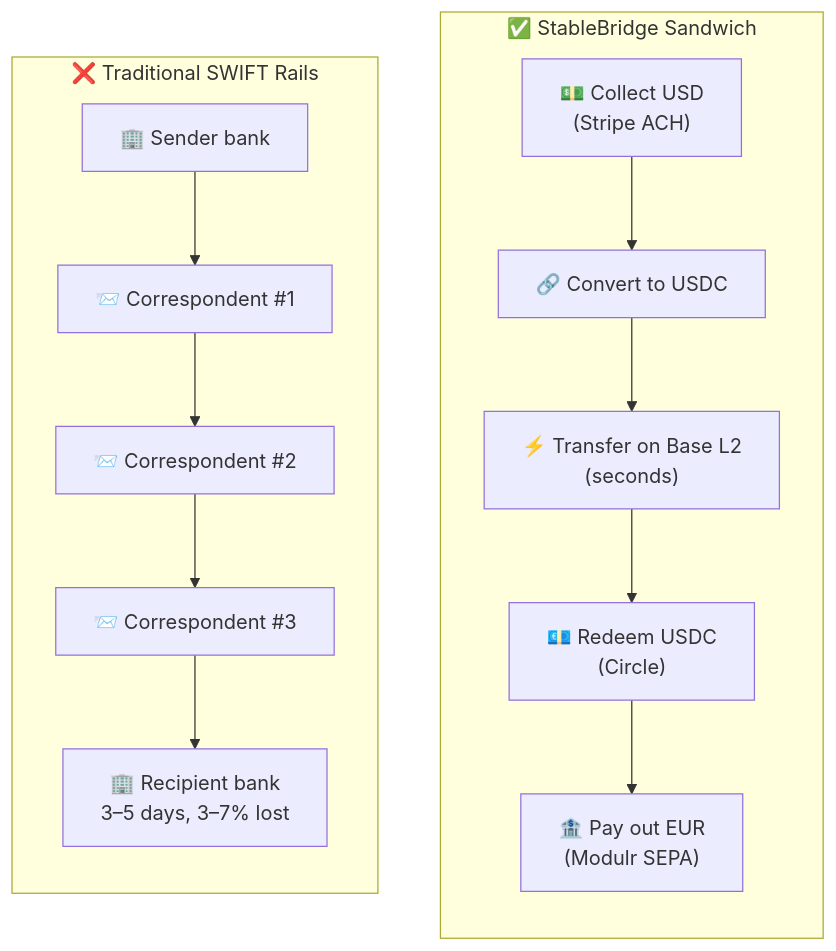
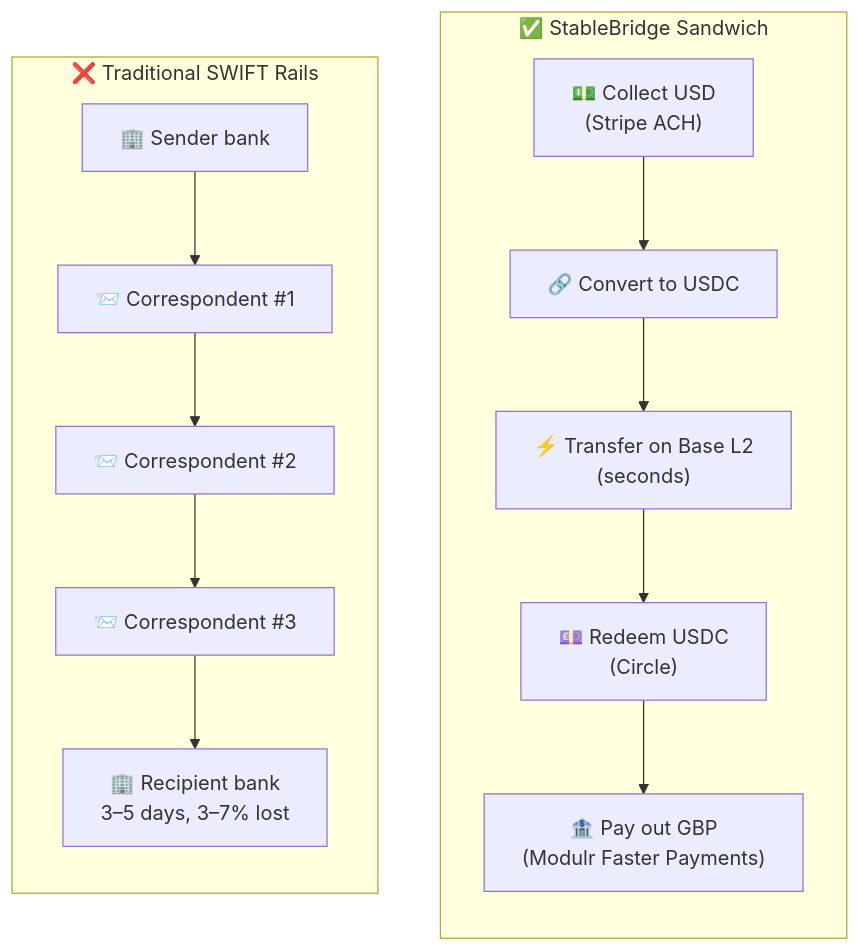
Before and after one commit to Puneethkumarck/stablebridge-platform: the first of 5 diagrams in README.md, drawn with Mermaid. The commit also changed other lines of this file and 1 other file, not shown here.

````diff
--- a/README.md
+++ b/README.md
@@ -106,20 +105,20 @@
 ```mermaid
 flowchart LR
     subgraph SWIFT["❌ Traditional SWIFT Rails"]
         direction TB
         A1["🏢 Sender bank"] --> A2["📨 Correspondent #1"]
         A2 --> A3["📨 Correspondent #2"]
         A3 --> A4["📨 Correspondent #3"]
         A4 --> A5["🏢 Recipient bank<br/>3–5 days, 3–7% lost"]
     end
 
     subgraph SB["✅ StableBridge Sandwich"]
         direction TB
         B1["💵 Collect USD<br/>(Stripe ACH)"] --> B2["🔗 Convert to USDC"]
         B2 --> B3["⚡ Transfer on Base L2<br/>(seconds)"]
-        B3 --> B4["💶 Redeem USDC<br/>(Circle)"]
-        B4 --> B5["🏦 Pay out EUR<br/>(Modulr SEPA)"]
+        B3 --> B4["💷 Redeem USDC<br/>(Circle)"]
+        B4 --> B5["🏦 Pay out GBP<br/>(Modulr Faster Payments)"]
     end
 
     SWIFT ~~~ SB
 ```
````
